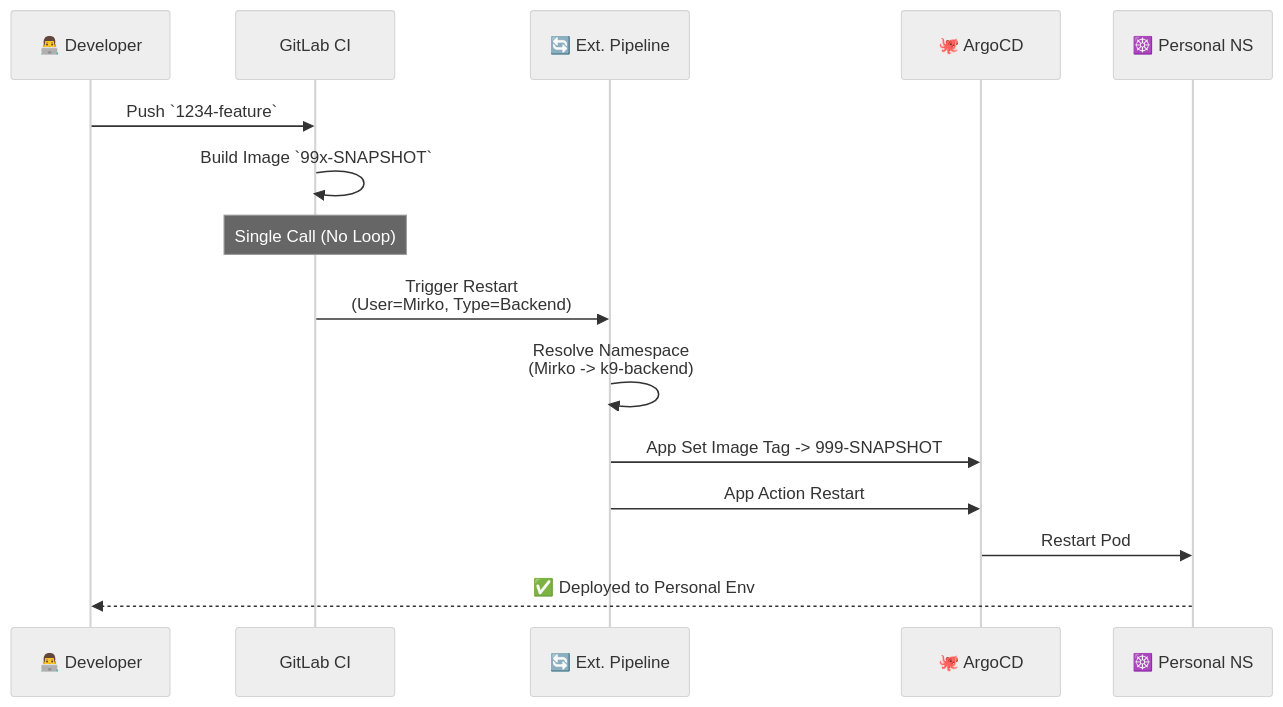
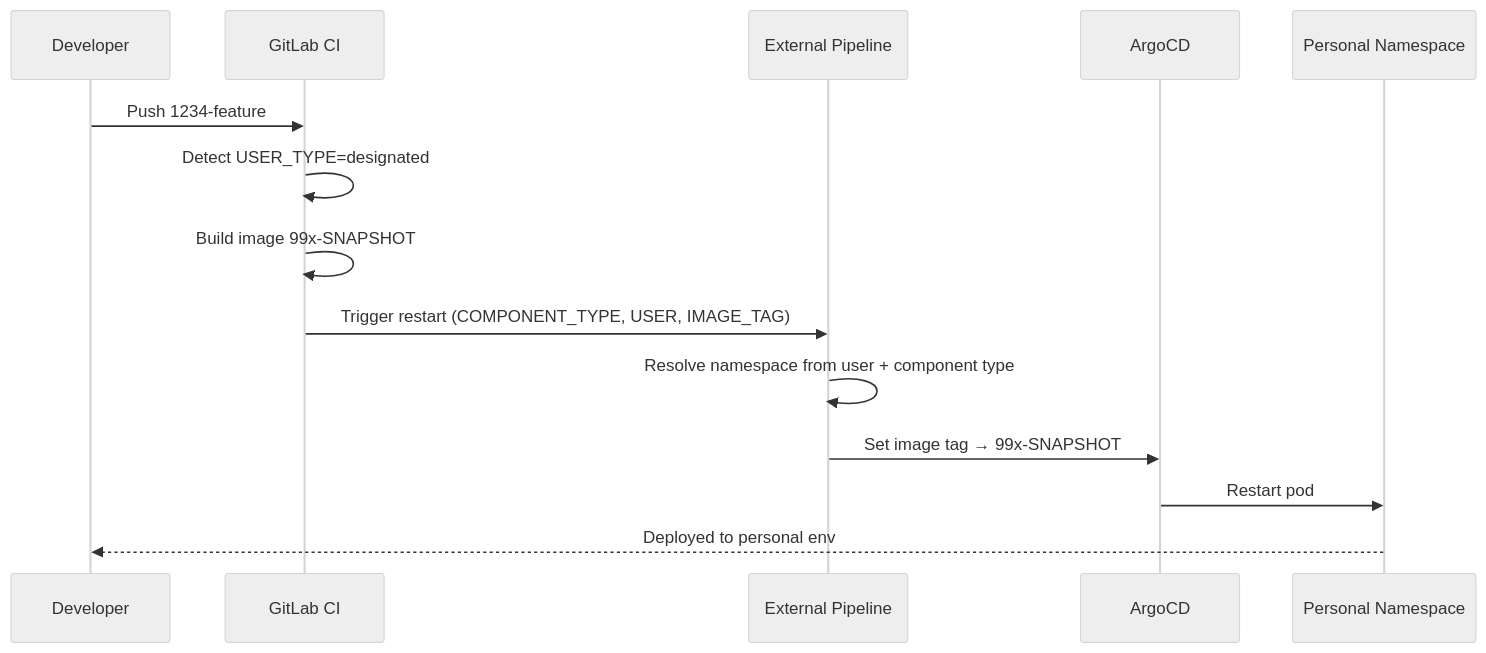
One commit to smclab/openk9 changed the first of 4 diagrams in .gitlab/README.md. Above: the diagram before and after it, drawn with Mermaid (neutral theme). The commit also changed other lines of this file and 27 other files, not shown here.

Commit message:
Issue #1963 audit and harden GitLab pipelines — fix tag builds, no-push for generic users, kaniko cache, AI build verifiers, connector versioning

````diff
--- a/.gitlab/README.md
+++ b/.gitlab/README.md
@@ -317,22 +425,17 @@
 ```mermaid
 sequenceDiagram
-    participant Dev as 👨‍💻 Developer
+    participant Dev as Developer
     participant Git as GitLab CI
-    participant Ext as 🔄 Ext. Pipeline
-    participant Argo as 🐙 ArgoCD
-    participant K8s as ☸️ Personal NS
+    participant Ext as External Pipeline
+    participant Argo as ArgoCD
+    participant K8s as Personal Namespace
 
-    Dev->>Git: Push `1234-feature`
-    Git->>Git: Build Image `99x-SNAPSHOT`
-    
-    Note over Git: Single Call (No Loop)
-    Git->>Ext: Trigger Restart<br/>(User=Mirko, Type=Backend)
-    
-    Ext->>Ext: Resolve Namespace<br/>(Mirko -> k9-backend)
-    
-    Ext->>Argo: App Set Image Tag -> 999-SNAPSHOT
-    Ext->>Argo: App Action Restart
-    
-    Argo->>K8s: Restart Pod
-    K8s-->>Dev: ✅ Deployed to Personal Env
+    Dev->>Git: Push 1234-feature
+    Git->>Git: Detect USER_TYPE=designated
+    Git->>Git: Build image 99x-SNAPSHOT
+    Git->>Ext: Trigger restart (COMPONENT_TYPE, USER, IMAGE_TAG)
+    Ext->>Ext: Resolve namespace from user + component type
+    Ext->>Argo: Set image tag → 99x-SNAPSHOT
+    Argo->>K8s: Restart pod
+    K8s-->>Dev: Deployed to personal env
 ```
````
